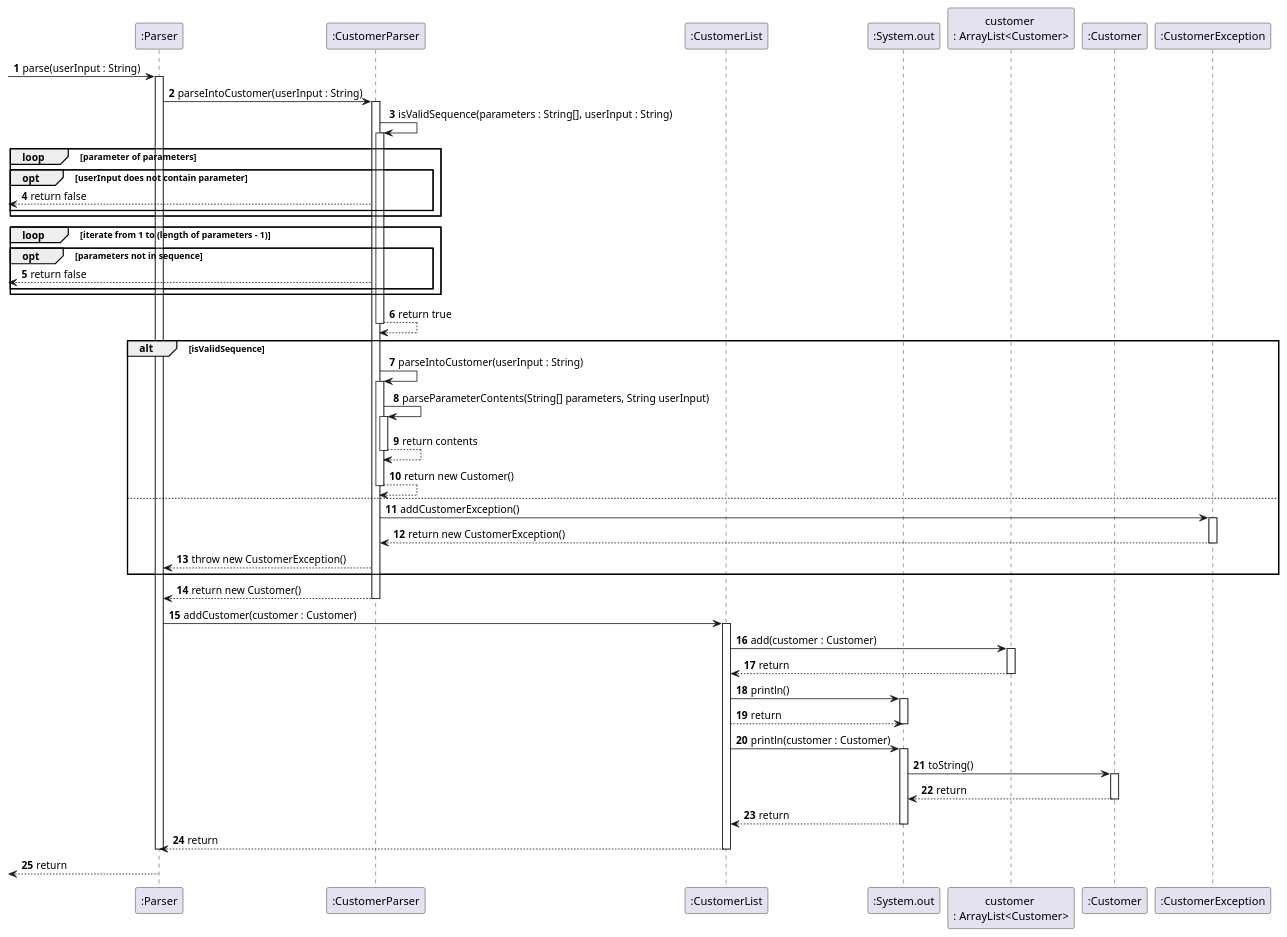
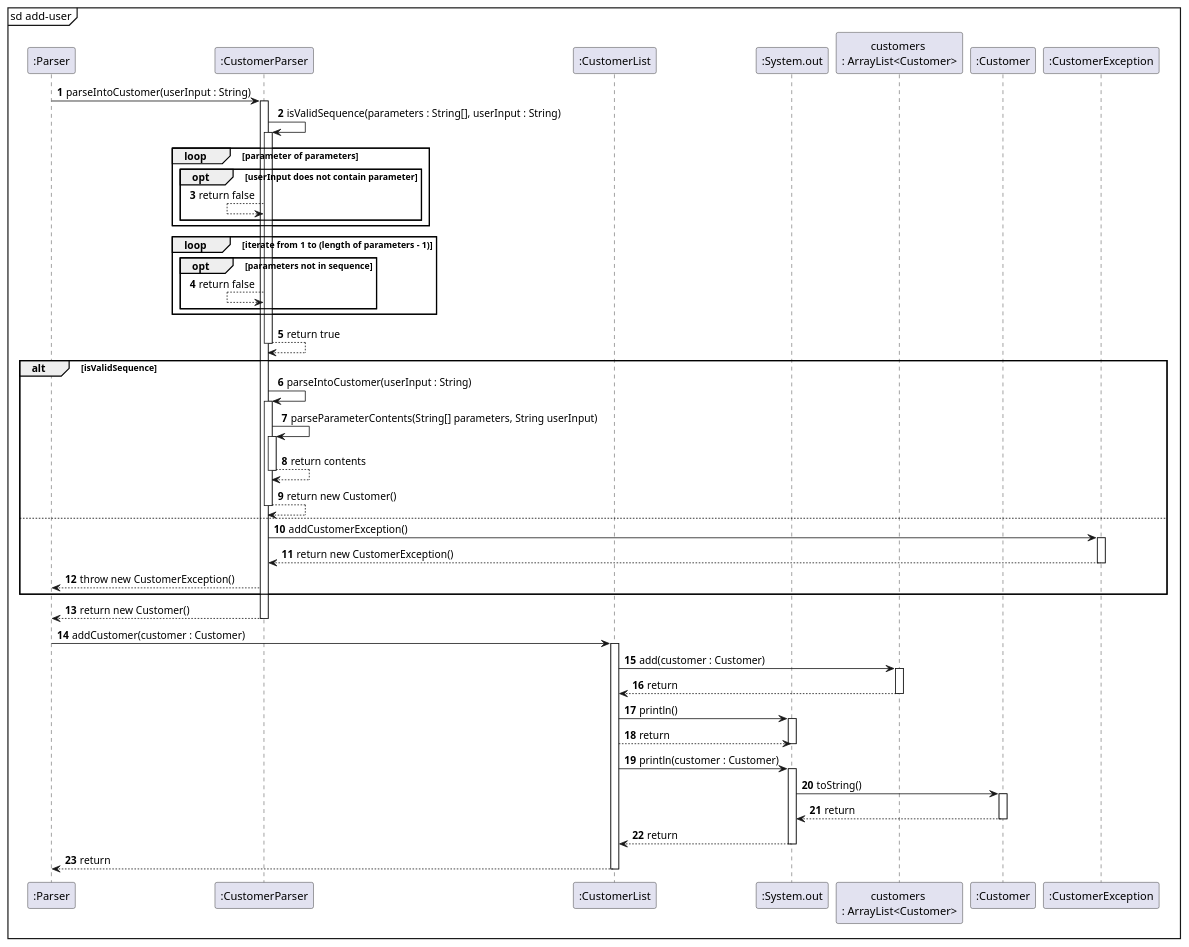
One commit to rexkoh425/tp changed the diagram in docs/UML/AddCustomerSequence.puml. Above: the diagram before and after it, drawn with PlantUML.

Commit message:
Update UML for AddCustomerSequence.puml

```diff
--- a/docs/UML/AddCustomerSequence.puml
+++ b/docs/UML/AddCustomerSequence.puml
@@ -1,78 +1,74 @@
 @startuml
 'https://plantuml.com/sequence-diagram
 
 autonumber
-
+mainframe sd add-user
 participant ":Parser" as Parser
 participant ":CustomerParser" as CustomerParser
 participant ":CustomerList" as CustomerList
 participant ":System.out" as System.out
-participant "customer \n: ArrayList<Customer>" as CustomerArrayList
+participant "customers \n: ArrayList<Customer>" as CustomerArrayList
 participant ":Customer" as Customer
 participant ":CustomerException" as CustomerException
 
--> Parser : parse(userInput : String)
-activate Parser
+Parser -> CustomerParser : parseIntoCustomer(userInput : String)
+activate CustomerParser
+    CustomerParser -> CustomerParser : isValidSequence(parameters : String[], userInput : String)
+    activate CustomerParser
+        loop parameter of parameters
+            opt userInput does not contain parameter
+                CustomerParser <-- CustomerParser : return false
+            end opt
+        end loop
 
-    Parser -> CustomerParser : parseIntoCustomer(userInput : String)
-    activate CustomerParser
-        CustomerParser -> CustomerParser : isValidSequence(parameters : String[], userInput : String)
-        activate CustomerParser
-            loop parameter of parameters
-                opt userInput does not contain parameter
-                    <-- CustomerParser : return false
-                end opt
-            end loop
+        loop iterate from 1 to (length of parameters - 1)
+            opt parameters not in sequence
+                CustomerParser <-- CustomerParser : return false
+            end opt
+        end loop
 
-            loop iterate from 1 to (length of parameters - 1)
-                opt parameters not in sequence
-                    <-- CustomerParser : return false
-                end opt
-            end loop
-
-            CustomerParser --> CustomerParser : return true
-        deactivate CustomerParser
-
-        alt isValidSequence
-            CustomerParser -> CustomerParser : parseIntoCustomer(userInput : String)
-            activate CustomerParser
-                CustomerParser -> CustomerParser :parseParameterContents(String[] parameters, String userInput)
-                activate CustomerParser
-                    CustomerParser --> CustomerParser : return contents
-                deactivate CustomerParser
-                CustomerParser --> CustomerParser : return new Customer()
-            deactivate CustomerParser
-        else
-            CustomerParser -> CustomerException : addCustomerException()
-            activate CustomerException
-                CustomerException --> CustomerParser : return new CustomerException()
-            deactivate CustomerException
-            Parser <-- CustomerParser : throw new CustomerException()
-        end alt
-        Parser <-- CustomerParser : return new Customer()
+        CustomerParser --> CustomerParser : return true
     deactivate CustomerParser
 
-    Parser -> CustomerList : addCustomer(customer : Customer)
-    activate CustomerList
-        CustomerList -> CustomerArrayList : add(customer : Customer)
-        activate CustomerArrayList
-            CustomerArrayList --> CustomerList : return
-        deactivate CustomerArrayList
+    alt isValidSequence
+        CustomerParser -> CustomerParser : parseIntoCustomer(userInput : String)
+        activate CustomerParser
+            CustomerParser -> CustomerParser :parseParameterContents(String[] parameters, String userInput)
+            activate CustomerParser
+                CustomerParser --> CustomerParser : return contents
+            deactivate CustomerParser
+            CustomerParser --> CustomerParser : return new Customer()
+        deactivate CustomerParser
+    else
+        CustomerParser -> CustomerException : addCustomerException()
+        activate CustomerException
 
-        CustomerList -> System.out : println()
-        activate System.out
-            System.out <-- CustomerList : return
-        deactivate System.out
-        CustomerList -> System.out : println(customer : Customer)
-        activate System.out
-            System.out -> Customer : toString()
-            activate Customer
-                Customer --> System.out : return
-            deactivate Customer
-        CustomerList <-- System.out : return
-        deactivate System.out
-    Parser <-- CustomerList : return
-    deactivate CustomerList
-deactivate Parser
-<-- Parser : return
+            CustomerException --> CustomerParser : return new CustomerException()
+        deactivate CustomerException
+        Parser <-- CustomerParser : throw new CustomerException()
+    end alt
+    Parser <-- CustomerParser : return new Customer()
+deactivate CustomerParser
+
+Parser -> CustomerList : addCustomer(customer : Customer)
+activate CustomerList
+    CustomerList -> CustomerArrayList : add(customer : Customer)
+    activate CustomerArrayList
+        CustomerArrayList --> CustomerList : return
+    deactivate CustomerArrayList
+
+    CustomerList -> System.out : println()
+    activate System.out
+        System.out <-- CustomerList : return
+    deactivate System.out
+    CustomerList -> System.out : println(customer : Customer)
+    activate System.out
+        System.out -> Customer : toString()
+        activate Customer
+            Customer --> System.out : return
+        deactivate Customer
+    CustomerList <-- System.out : return
+    deactivate System.out
+Parser <-- CustomerList : return
+deactivate CustomerList
 @enduml
```
